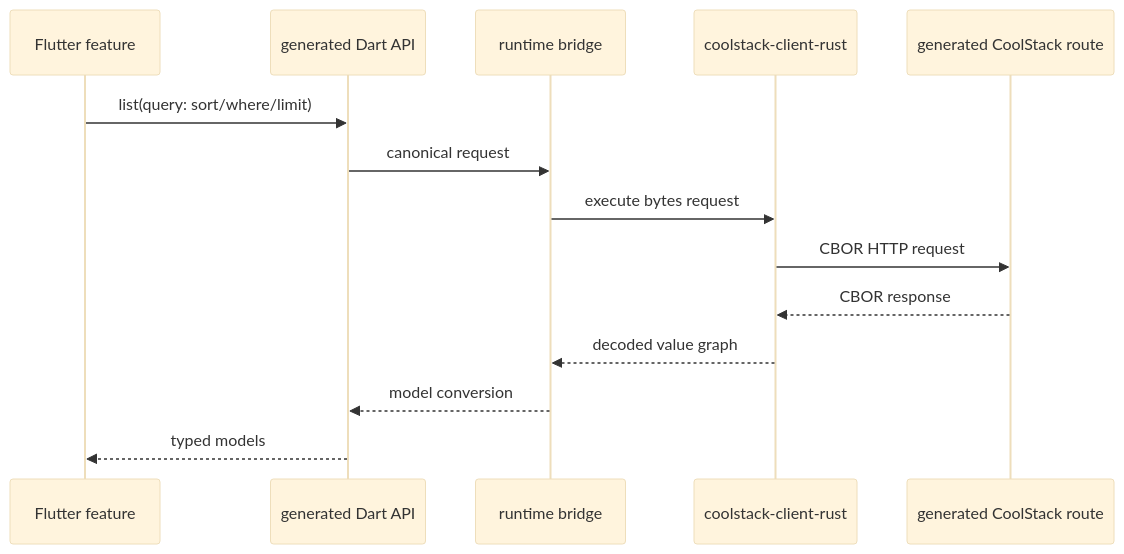
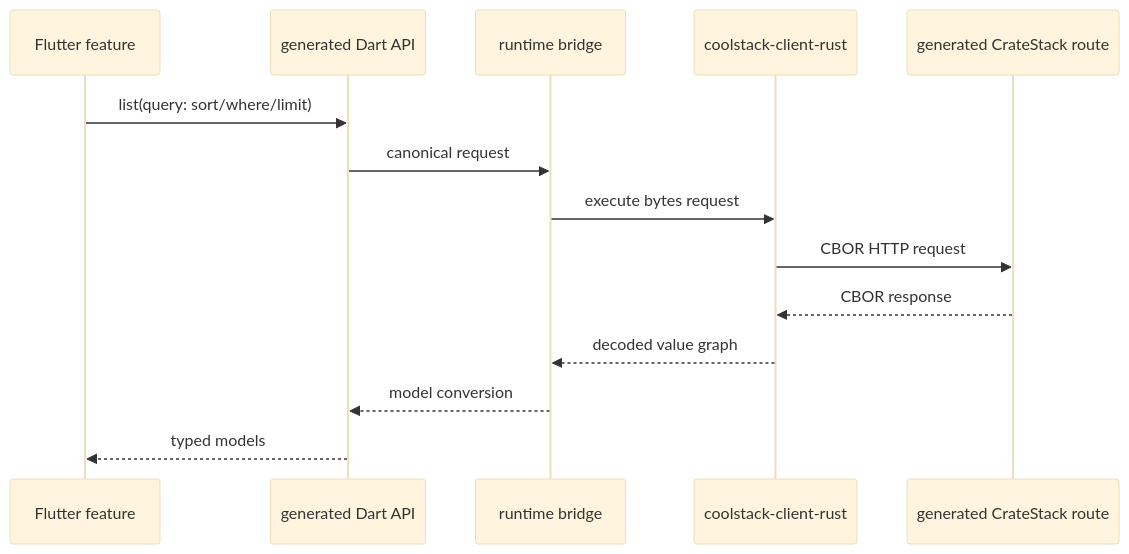
The second of 2 diagrams in docs/architecture/client-runtime.md (vaam-store/cratestack-docs), drawn with Mermaid (base theme) before and after one commit. The commit also changed other lines of this file and 16 other files, not shown here.

Commit message:
refactor: rename framework to CrateStack across all documentation

````diff
--- a/docs/architecture/client-runtime.md
+++ b/docs/architecture/client-runtime.md
@@ -307,17 +307,17 @@
 ```mermaid
 sequenceDiagram
     participant App as Flutter feature
     participant Dart as generated Dart API
     participant Bridge as runtime bridge
     participant Rust as coolstack-client-rust
-    participant API as generated CoolStack route
+    participant API as generated CrateStack route
 
     App->>Dart: list(query: sort/where/limit)
     Dart->>Bridge: canonical request
     Bridge->>Rust: execute bytes request
     Rust->>API: CBOR HTTP request
     API-->>Rust: CBOR response
     Rust-->>Bridge: decoded value graph
     Bridge-->>Dart: model conversion
     Dart-->>App: typed models
 ```
````
